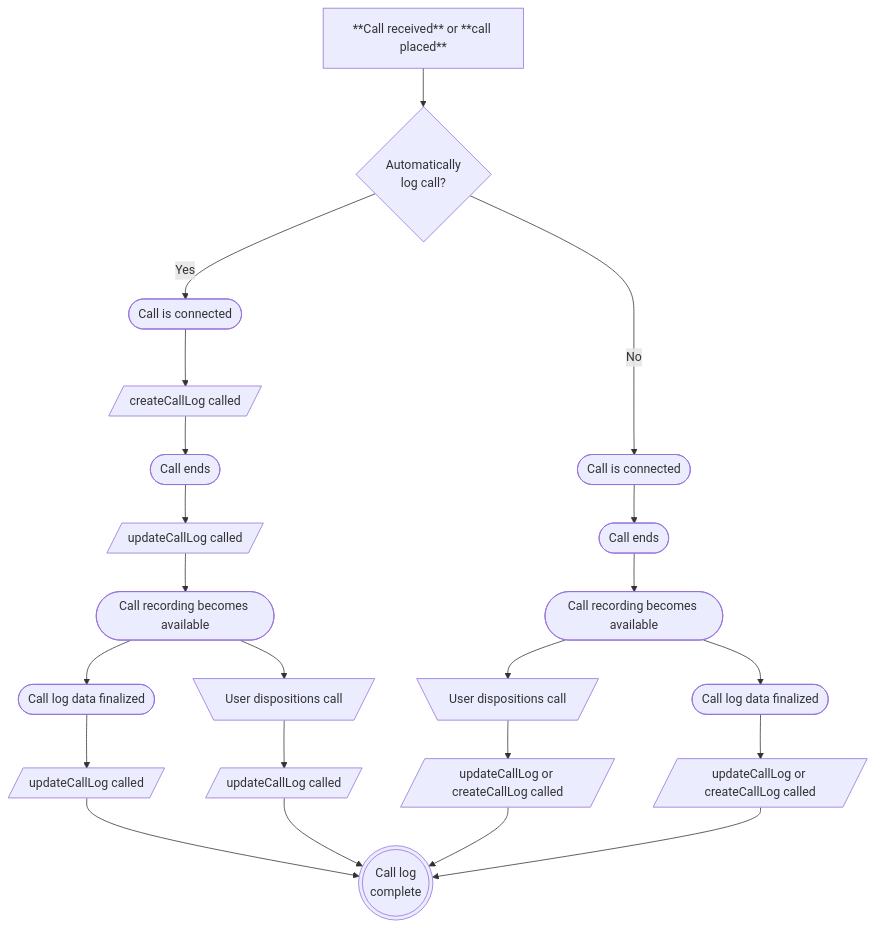
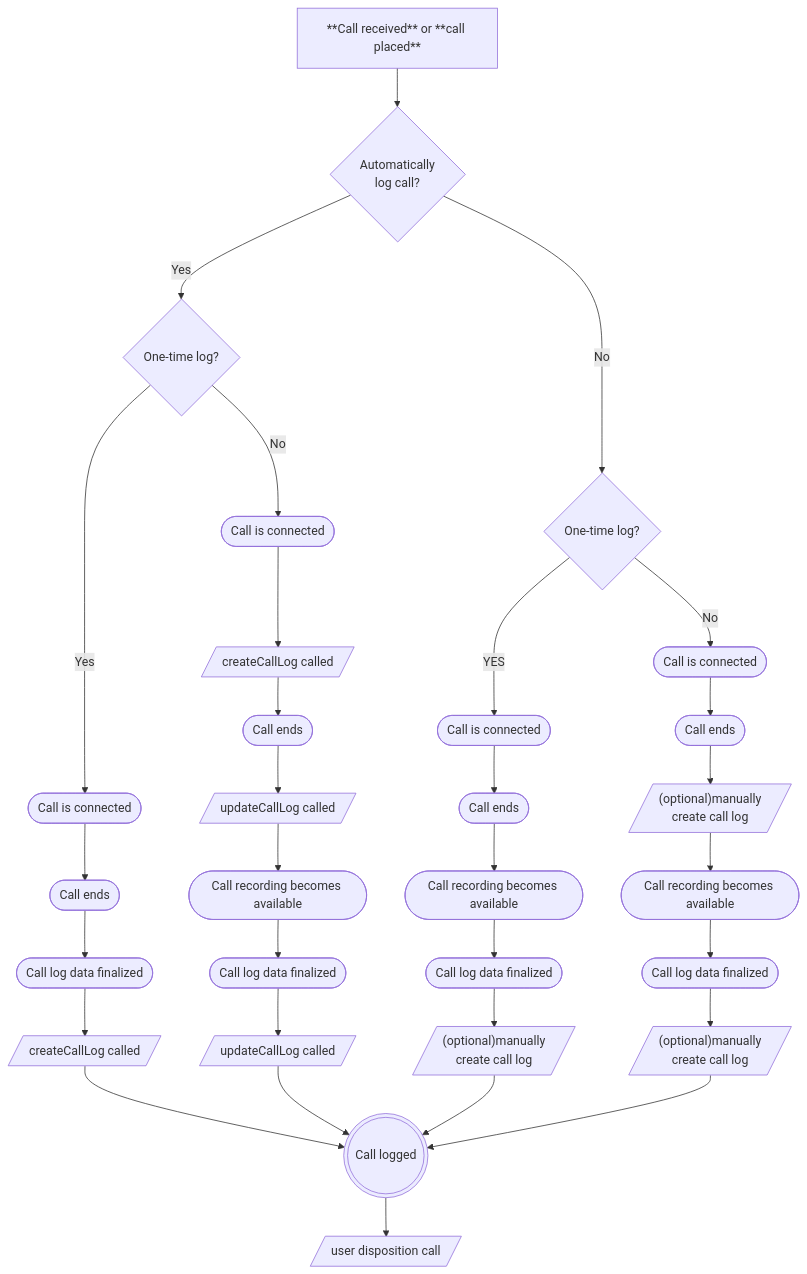
The diagram in docs/developers/logging-calls.md (ringcentral/rc-unified-crm-extension), drawn with Mermaid before and after one commit.

Commit message:
update: docs flow

````diff
--- a/docs/developers/logging-calls.md
+++ b/docs/developers/logging-calls.md
@@ -7,25 +7,36 @@
 ``` mermaid
 graph TD
   A[**Call received** or **call placed**] --> B{Automatically<br>log call?}
-  B -->|Yes| C([Call is connected])
+  B -->|Yes| OT{One-time log?}
+  OT -->|Yes| C1([Call is connected])
+  C1 --> C2([Call ends])
+  C2 --> C3([Call log data finalized])
+  C3 --> C4@{ shape: "lean-r", label: "createCallLog called" }
+  C4 --> Z
+  OT -->|No| C([Call is connected])
   C --> D@{ shape: "lean-r", label: "createCallLog called" }
   D --> E([Call ends])
   E --> F@{ shape: "lean-r", label: "updateCallLog called" }
   F --> G([Call recording becomes available])
-  G --> H@{ shape: "trap-t", label: "User dispositions call"}
-  H --> I@{ shape: "lean-r", label: "updateCallLog called" }
   G --> G2([Call log data finalized])
   G2 --> G3@{ shape: "lean-r", label: "updateCallLog called" }
-  G3 --> Z@{ shape: "dbl-circ", label: "Call log<br>complete"}
-  I --> Z
+  G3 --> Z@{ shape: "dbl-circ", label: "Call logged"}
   
-  B -->|No| J([Call is connected])
+  B -->|No| OT1{One-time log?}
+  OT1 -->|YES| J1([Call is connected])
+  J1 --> J2([Call ends])
+  J2 --> J3([Call recording becomes available])
+  J3 --> J4([Call log data finalized])
+  J4--> J5@{ shape: "lean-r", label: "(optional)manually <br>create call log" }
+  J5 --> Z
+  OT1 -->|No| J([Call is connected])
   J --> K([Call ends])
-  K --> L([Call recording becomes available])
-  L --> M@{ shape: "trap-t", label: "User dispositions call"}
-  M --> N@{ shape: "lean-r", label: "updateCallLog or createCallLog called" }
+  K--> P@{ shape: "lean-r", label: "(optional)manually <br>create call log" }
+  P --> L([Call recording becomes available])
   L --> O([Call log data finalized])
-  O --> P@{ shape: "lean-r", label: "updateCallLog or createCallLog called" }
-  N --> Z
-  P --> Z
+  O--> O1@{ shape: "lean-r", label: "(optional)manually <br>create call log" }
+  O1 --> Z
+
+  Z --> Z1@{ shape: "lean-r", label: "user disposition call" }
+
 ```
````
